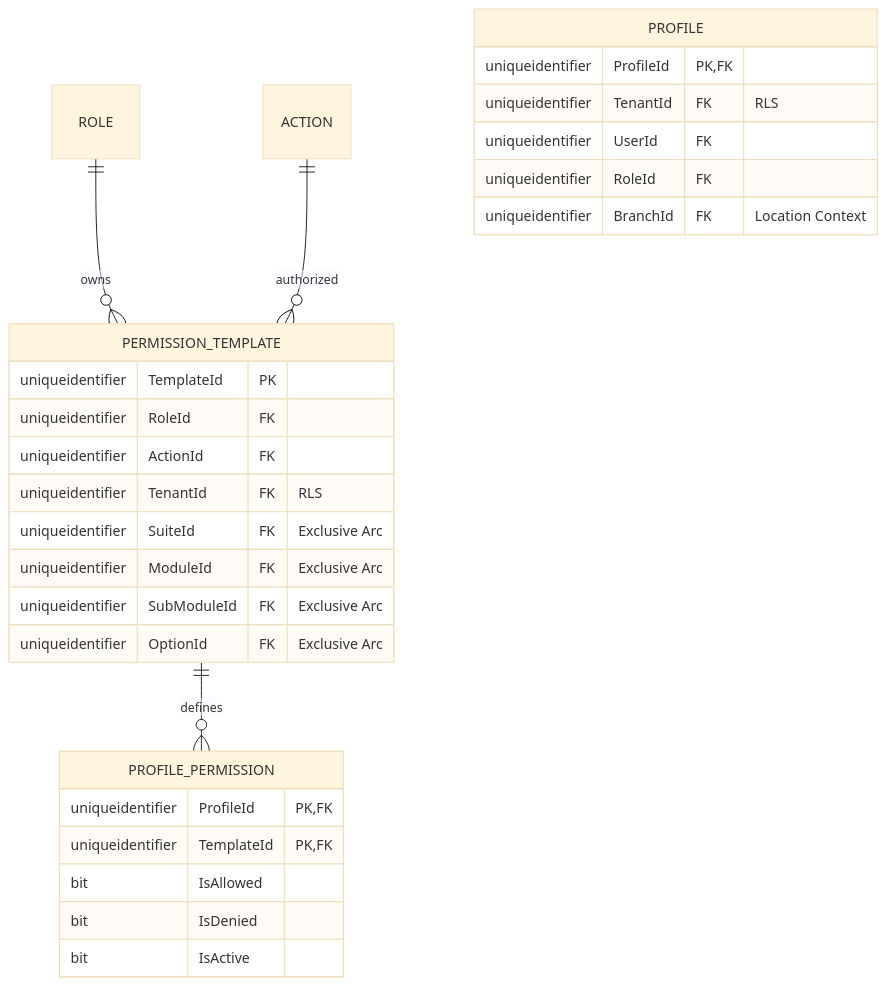
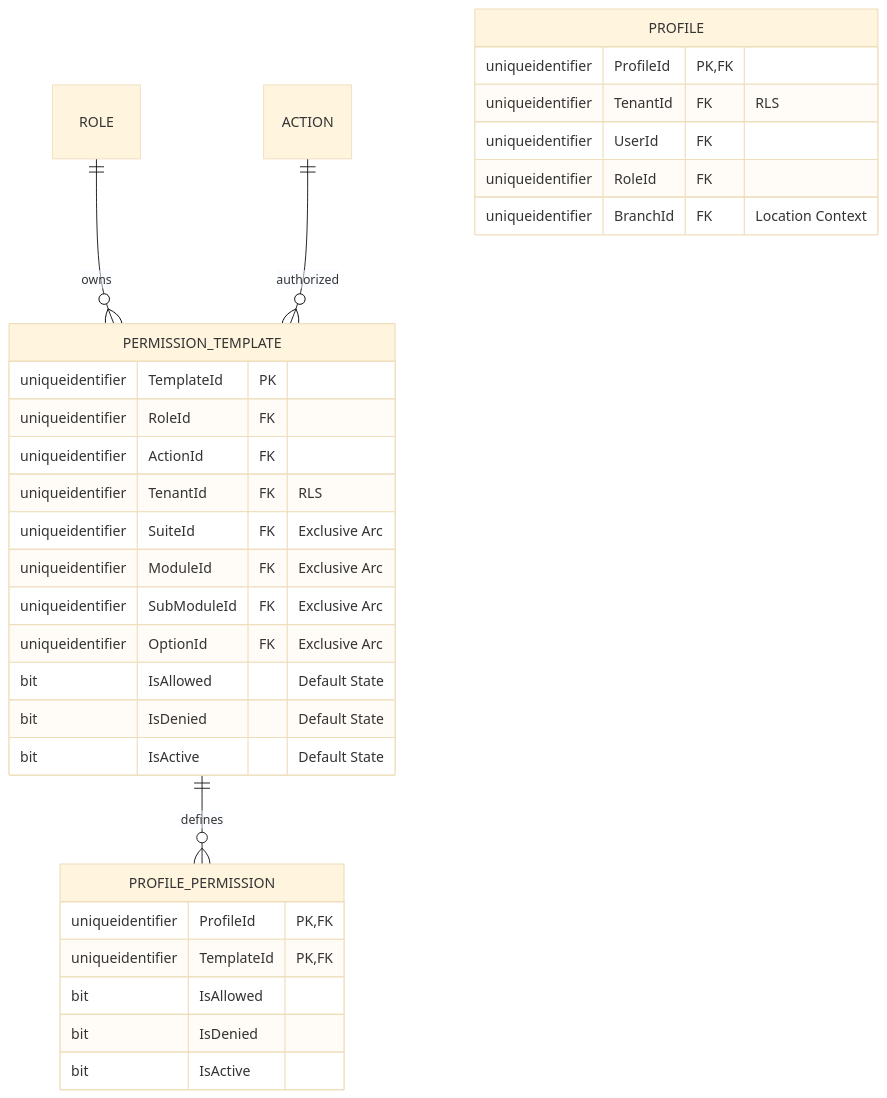
The second of 3 diagrams in architecture/blueprints/database-design-er.md (beyondnetcode/ums), drawn with Mermaid (base theme) before and after one commit. The commit also changed 2 other files, not shown here.

Commit message:
feat(auth): add default authorization bits (IsAllowed, IsDenied, IsActive) to PERMISSION_TEMPLATE to enable migration to PROFILE_PERMISSION

````diff
--- a/architecture/blueprints/database-design-er.md
+++ b/architecture/blueprints/database-design-er.md
@@ -52,33 +52,36 @@
 ```mermaid
 erDiagram
     ROLE ||--o{ PERMISSION_TEMPLATE : "owns"
     PERMISSION_TEMPLATE ||--o{ PROFILE_PERMISSION : "defines"
     ACTION ||--o{ PERMISSION_TEMPLATE : "authorized"
     
     PERMISSION_TEMPLATE {
         uniqueidentifier TemplateId PK
         uniqueidentifier RoleId FK
         uniqueidentifier ActionId FK
         uniqueidentifier TenantId FK "RLS"
         uniqueidentifier SuiteId FK "Exclusive Arc"
         uniqueidentifier ModuleId FK "Exclusive Arc"
         uniqueidentifier SubModuleId FK "Exclusive Arc"
         uniqueidentifier OptionId FK "Exclusive Arc"
+        bit IsAllowed "Default State"
+        bit IsDenied "Default State"
+        bit IsActive "Default State"
     }
     
     PROFILE {
         uniqueidentifier ProfileId PK, FK
         uniqueidentifier TenantId FK "RLS"
         uniqueidentifier UserId FK
         uniqueidentifier RoleId FK
         uniqueidentifier BranchId FK "Location Context"
     }
     
     PROFILE_PERMISSION {
         uniqueidentifier ProfileId PK, FK
         uniqueidentifier TemplateId PK, FK
         bit IsAllowed
         bit IsDenied
         bit IsActive
     }
 ```
````
